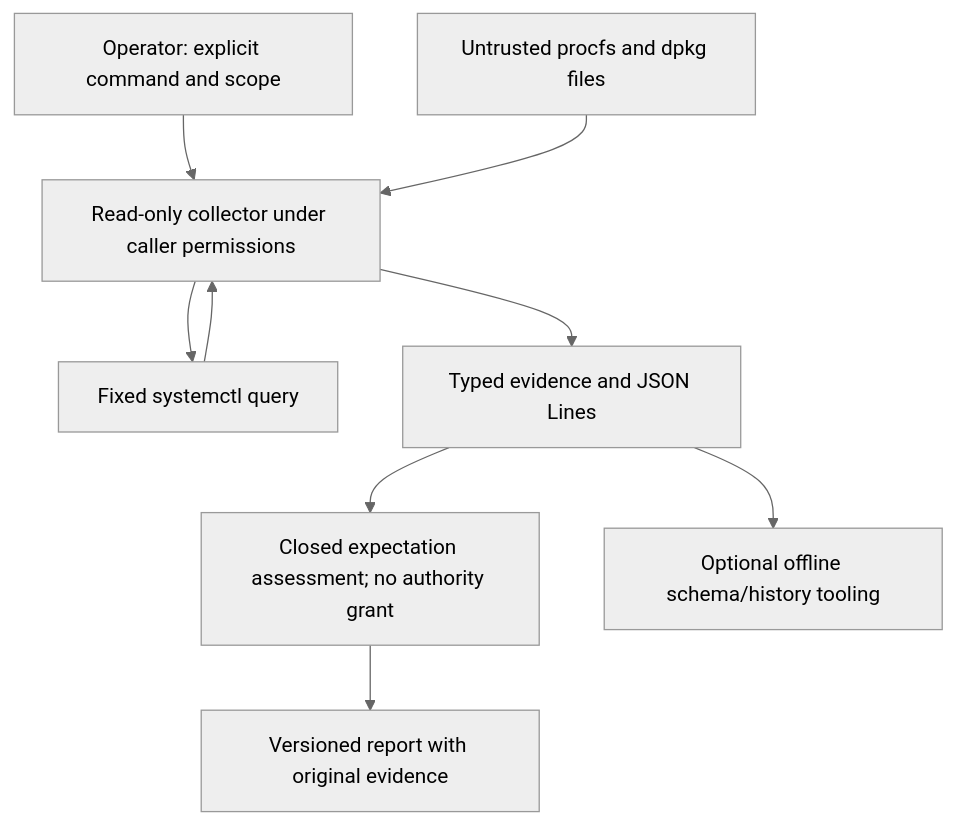
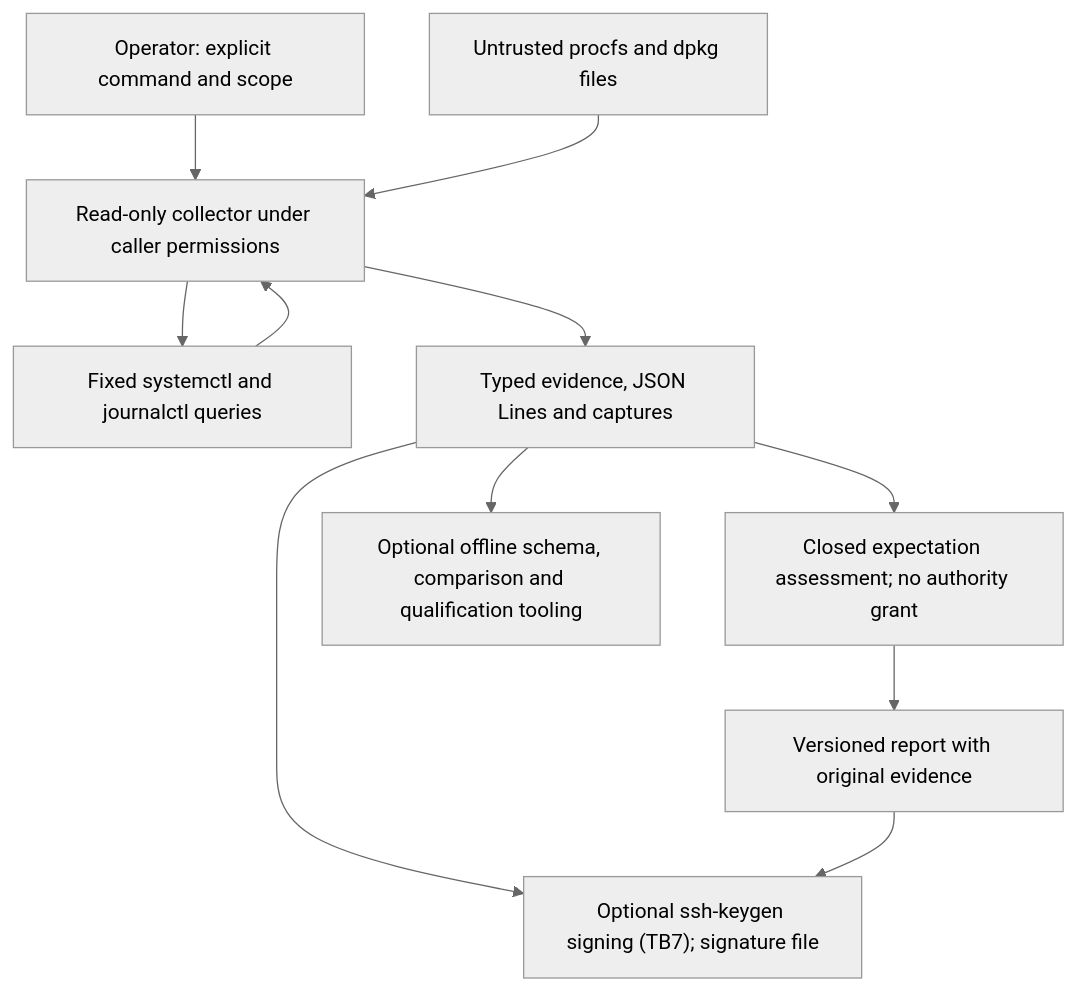
One commit to rmednitzer/mira changed the first of 2 diagrams in docs/threat-model.md. Above: the diagram before and after it, drawn with Mermaid (neutral theme). The commit also changed other lines of this file and 30 other files, not shown here.

````diff
--- a/docs/threat-model.md
+++ b/docs/threat-model.md
@@ -17,11 +17,13 @@
 ```mermaid
 flowchart TD
     O["Operator: explicit command and scope"] --> C["Read-only collector under caller permissions"]
     P["Untrusted procfs and dpkg files"] --> C
-    C --> S["Fixed systemctl query"]
+    C --> S["Fixed systemctl and journalctl queries"]
     S --> C
-    C --> E["Typed evidence and JSON Lines"]
+    C --> E["Typed evidence, JSON Lines and captures"]
     E --> I["Closed expectation assessment; no authority grant"]
     I --> H["Versioned report with original evidence"]
-    E --> T["Optional offline schema/history tooling"]
+    E --> G["Optional ssh-keygen signing (TB7); signature file"]
+    H --> G
+    E --> T["Optional offline schema, comparison and qualification tooling"]
 ```
````
